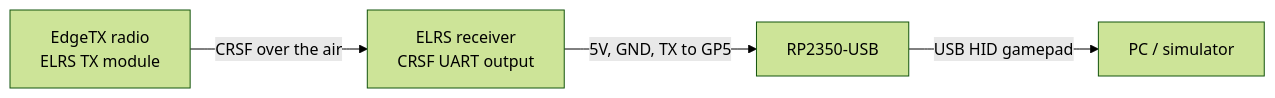
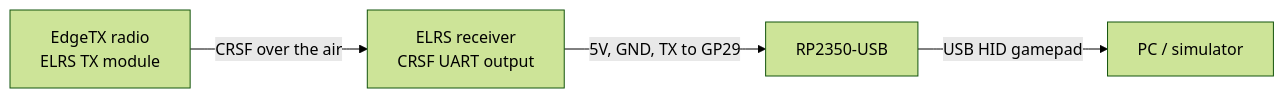
Before and after one commit to voffmail/edgetx-elrs-usb-sim: the second of 2 diagrams in README.md, drawn with Mermaid (forest theme). The commit also changed other lines of this file and 2 other files, not shown here.

````diff
--- a/README.md
+++ b/README.md
@@ -240,6 +243,6 @@
 ```mermaid
 flowchart LR
   TX["EdgeTX radio<br/>ELRS TX module"] -- "CRSF over the air" --> RX["ELRS receiver<br/>CRSF UART output"]
-  RX -- "5V, GND, TX to GP5" --> MCU["RP2350-USB"]
+  RX -- "5V, GND, TX to GP29" --> MCU["RP2350-USB"]
   MCU -- "USB HID gamepad" --> PC["PC / simulator"]
 ```
````
